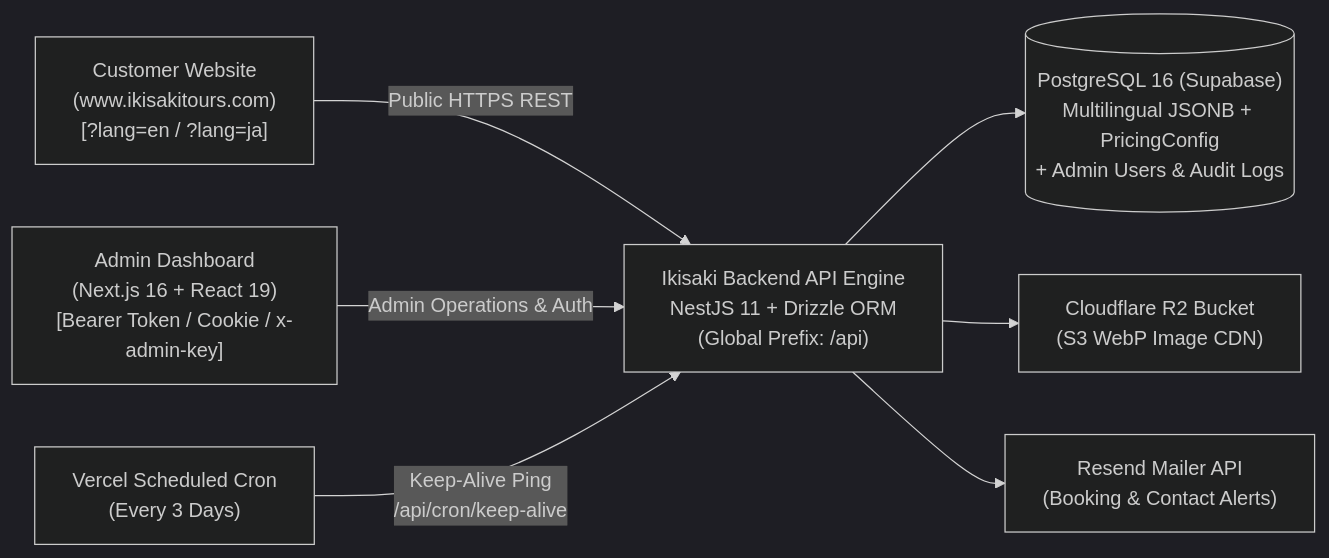
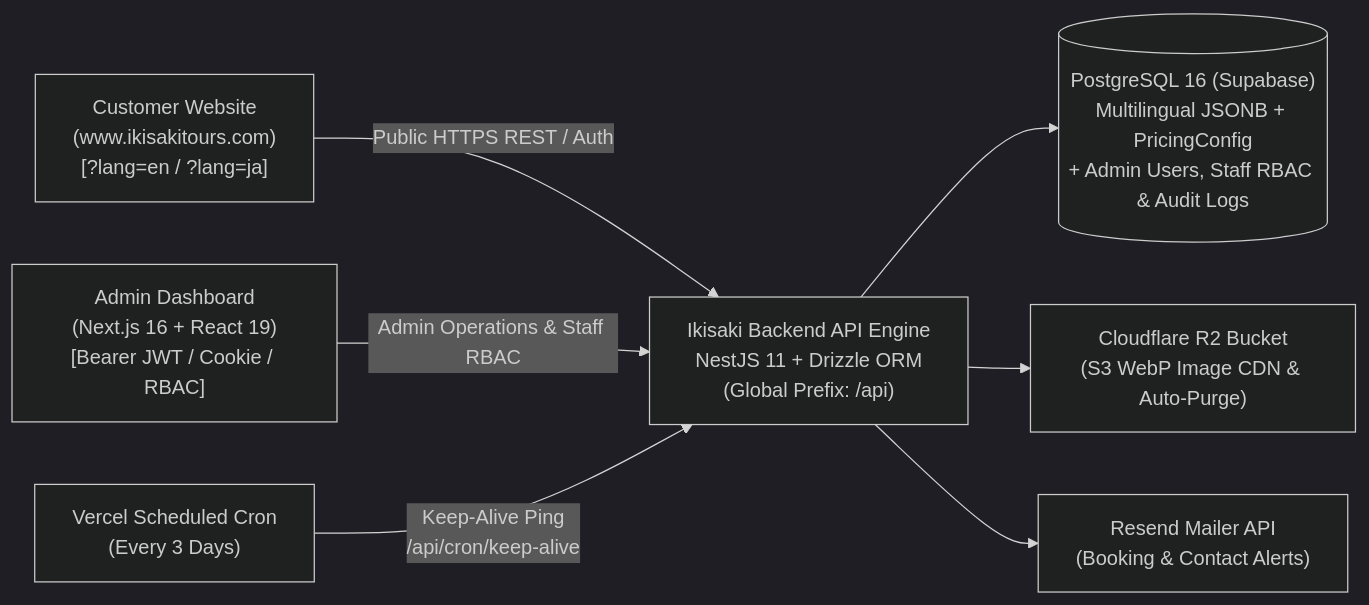
Before and after one commit to ikisakitours/ikisakitours-backend: the diagram in README.md, drawn with Mermaid (dark theme). The commit also changed other lines of this file, not shown here.

````diff
--- a/README.md
+++ b/README.md
@@ -64,13 +80,13 @@
 ```mermaid
 flowchart LR
-  ClientWeb["Customer Website\n(www.ikisakitours.com)\n[?lang=en / ?lang=ja]"] -->|"Public HTTPS REST"| NestAPI
-  AdminPanel["Admin Dashboard\n(Next.js 16 + React 19)\n[Bearer Token / Cookie / x-admin-key]" ] -->|"Admin Operations & Auth"| NestAPI
+  ClientWeb["Customer Website\n(www.ikisakitours.com)\n[?lang=en / ?lang=ja]"] -->|"Public HTTPS REST / Auth"| NestAPI
+  AdminPanel["Admin Dashboard\n(Next.js 16 + React 19)\n[Bearer JWT / Cookie / RBAC]" ] -->|"Admin Operations & Staff RBAC"| NestAPI
   
   NestAPI["Ikisaki Backend API Engine\nNestJS 11 + Drizzle ORM\n(Global Prefix: /api)"]
   
-  NestAPI --> Postgres[("PostgreSQL 16 (Supabase)\nMultilingual JSONB + PricingConfig\n+ Admin Users & Audit Logs")]
-  NestAPI --> R2Storage["Cloudflare R2 Bucket\n(S3 WebP Image CDN)"]
+  NestAPI --> Postgres[("PostgreSQL 16 (Supabase)\nMultilingual JSONB + PricingConfig\n+ Admin Users, Staff RBAC & Audit Logs")]
+  NestAPI --> R2Storage["Cloudflare R2 Bucket\n(S3 WebP Image CDN & Auto-Purge)"]
   NestAPI --> ResendMail["Resend Mailer API\n(Booking & Contact Alerts)"]
   
   VercelCron["Vercel Scheduled Cron\n(Every 3 Days)"] -->|"Keep-Alive Ping\n/api/cron/keep-alive"| NestAPI
 ```
````
